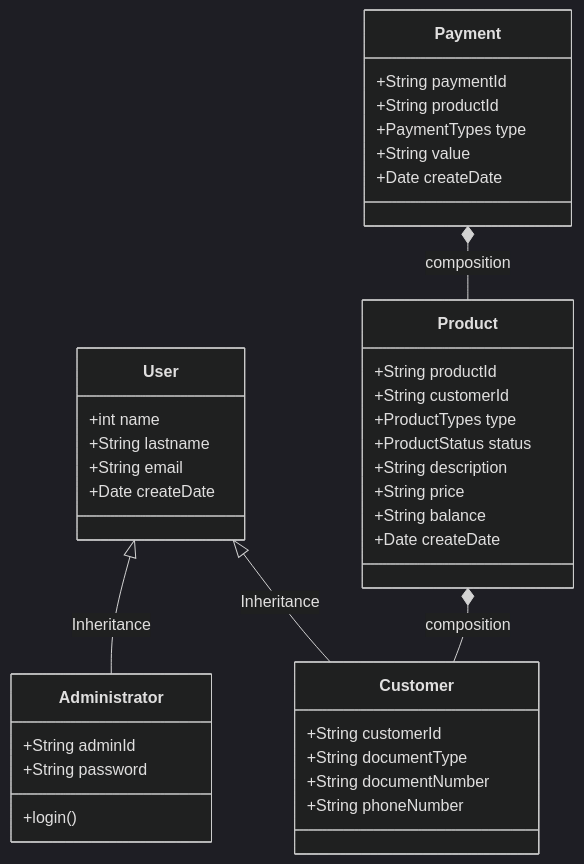
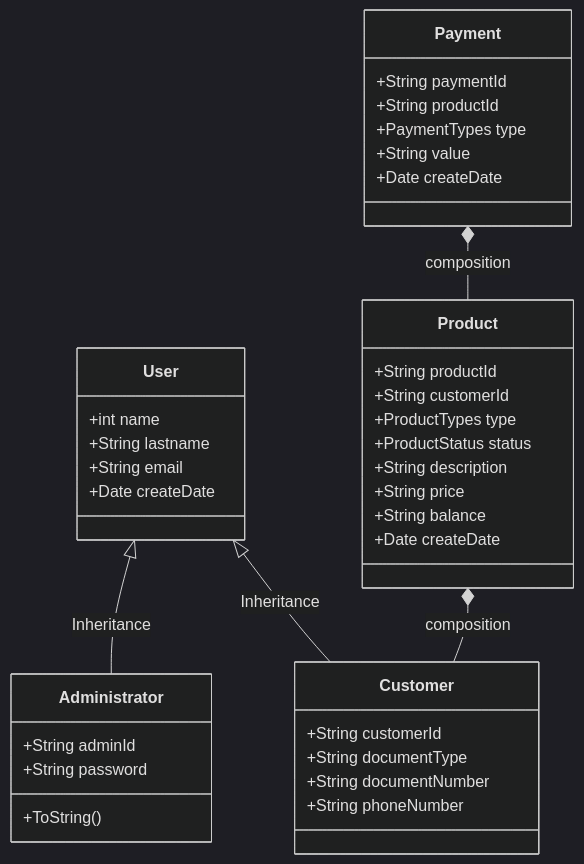
The diagram in Src/Doc/Tecnica.md (FelipeTapias/Trinity-back), drawn with Mermaid (dark theme) before and after one commit. The commit also changed 22 other files, not shown here.

````diff
--- a/Src/Doc/Tecnica.md
+++ b/Src/Doc/Tecnica.md
@@ -6,37 +6,37 @@
 ```mermaid
 classDiagram
 
     User <|-- Administrator : Inheritance
     User <|-- Customer : Inheritance
     User : +int name
     User : +String lastname
     User : +String email
     User : +Date createDate
 
     Administrator : +String adminId
     Administrator : +String password
-    Administrator : +login()
+    Administrator : +ToString()
 
     Customer : +String customerId
     Customer : +String documentType
     Customer : +String documentNumber
     Customer : +String phoneNumber
     
     Product *-- Customer : composition
     Product : +String productId
     Product : +String customerId
     Product : +ProductTypes type
     Product : +ProductStatus status
     Product : +String description
     Product : +String price
     Product : +String balance
     Product : +Date createDate
 
     Payment *-- Product : composition
     Payment : +String paymentId
     Payment : +String productId
     Payment : +PaymentTypes type
     Payment : +String value
     Payment : +Date createDate
 
 ```
````
